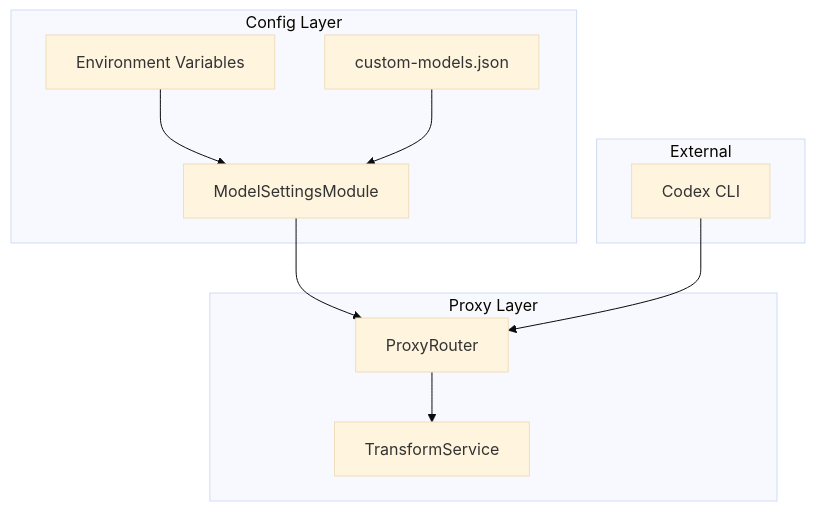
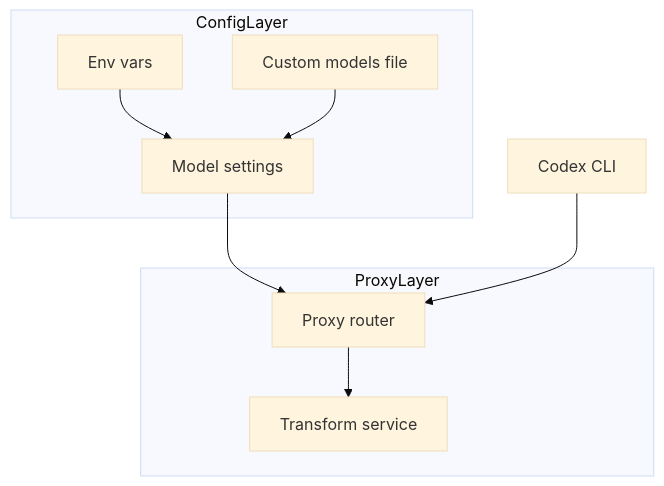
Before and after one commit to yohi/codex-antigravity-adapter: the first of 2 diagrams in .kiro/specs/codex-cli-model-display/design.md, drawn with Mermaid (base theme). The commit also changed other lines of this file and 2 other files, not shown here.

Commit message:
docs: codex-cli-model-displayの要件を承認し、設計生成フェーズへ移行

````diff
--- a/.kiro/specs/codex-cli-model-display/design.md
+++ b/.kiro/specs/codex-cli-model-display/design.md
@@ -34,23 +39,21 @@
 ```mermaid
 graph TB
-    subgraph Config Layer
-        ENV[Environment Variables]
-        FILE[custom-models.json]
-        MS[ModelSettingsModule]
+    subgraph ConfigLayer
+        EnvVars[Env vars]
+        ModelsFile[Custom models file]
+        ModelSettings[Model settings]
     end
 
-    subgraph Proxy Layer
-        PR[ProxyRouter]
-        TS[TransformService]
+    subgraph ProxyLayer
+        ProxyRouter[Proxy router]
+        TransformService[Transform service]
     end
 
-    subgraph External
-        CLI[Codex CLI]
-    end
+    CLI[Codex CLI]
 
-    ENV --> MS
-    FILE --> MS
-    MS --> PR
-    CLI --> PR
-    PR --> TS
+    EnvVars --> ModelSettings
+    ModelsFile --> ModelSettings
+    ModelSettings --> ProxyRouter
+    CLI --> ProxyRouter
+    ProxyRouter --> TransformService
 ```
````
